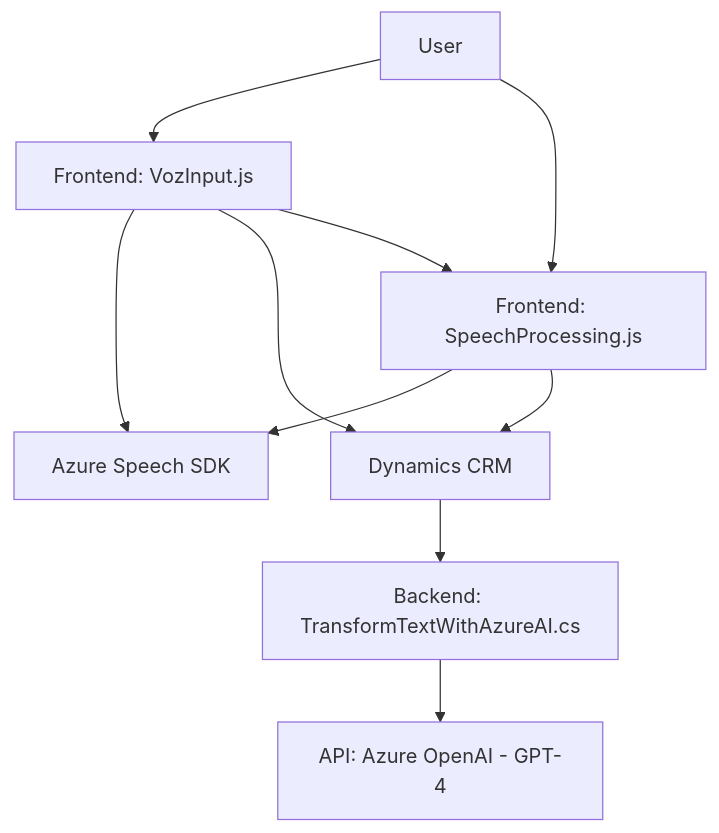
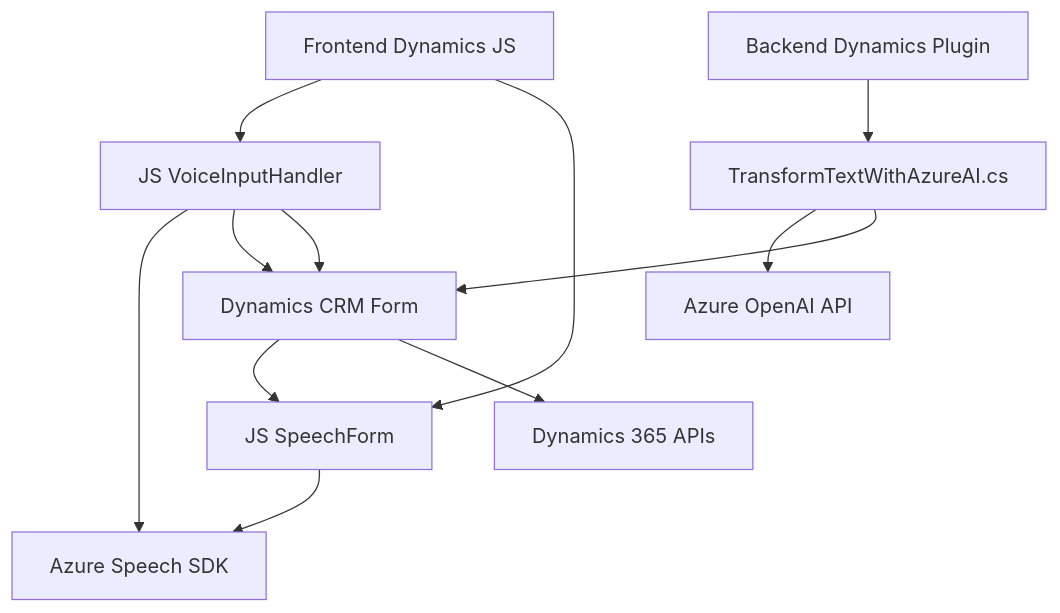
Before and after one commit to blopezdm/NETCORE_BILBAO2025: the diagram in README.md, drawn with Mermaid. The commit also changed other lines of this file, not shown here.

````diff
--- a/README.md
+++ b/README.md
@@ -35,20 +49,22 @@
 ```mermaid
 graph TD
-    A["Frontend: VozInput.js"]
-    B["Frontend: SpeechProcessing.js"]
-    C["Backend: TransformTextWithAzureAI.cs"]
-    D["Azure Speech SDK"]
-    E["Dynamics CRM"]
-    F["API: Azure OpenAI - GPT-4"]
-    G["User"]
+  A["Frontend Dynamics JS"]
+  B["JS VoiceInputHandler"]
+  C["JS SpeechForm"]
+  D["Azure Speech SDK"]
+  E["Dynamics CRM Form"]
+  F["Backend Dynamics Plugin"]
+  G["TransformTextWithAzureAI.cs"]
+  H["Azure OpenAI API"]
+  I["Dynamics 365 APIs"]
 
-    G --> A
-    A --> D
-    A --> E
-    G --> B
-    B --> D
-    B --> E
-    A --> B
-    E --> C
-    C --> F
+  A --> B
+  A --> C
+  B --> D
+  C --> D
+  B --> E --> C
+  F --> G
+  G --> H
+  G --> E --> I
+  B --> E
 ```
````
